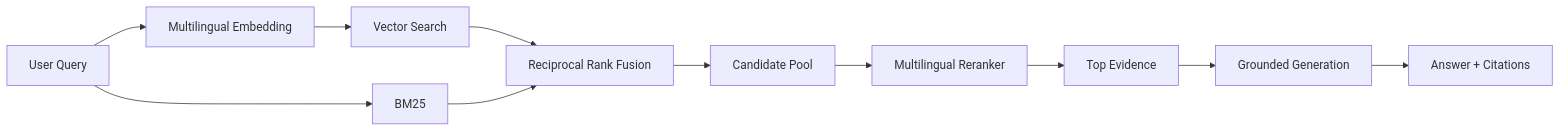
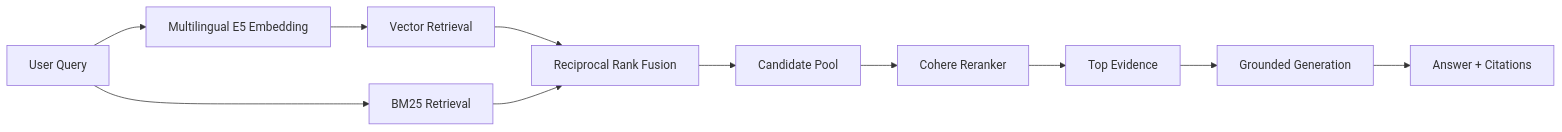
One commit to xmohamedtariq/Mohammed-Tariq-portfolio changed the second of 4 diagrams in README.md. Above: the diagram before and after it, drawn with Mermaid. The commit also changed other lines of this file, not shown here.

````diff
--- a/README.md
+++ b/README.md
@@ -105,27 +147,15 @@
 ```mermaid
 flowchart LR
+    Q["User Query"] --> E["Multilingual E5 Embedding"]
+    E --> V["Vector Retrieval"]
+    Q --> B["BM25 Retrieval"]
 
-    Q["User Query"]
-    E["Multilingual Embedding"]
-    V["Vector Search"]
-    B["BM25"]
-    R["Reciprocal Rank Fusion"]
-    C["Candidate Pool"]
-    RR["Multilingual Reranker"]
-    T["Top Evidence"]
-    G["Grounded Generation"]
-    A["Answer + Citations"]
-
-    Q --> E
-    E --> V
-    Q --> B
-
-    V --> R
+    V --> R["Reciprocal Rank Fusion"]
     B --> R
 
-    R --> C
-    C --> RR
-    RR --> T
-    T --> G
-    G --> A
+    R --> C["Candidate Pool"]
+    C --> RR["Cohere Reranker"]
+    RR --> T["Top Evidence"]
+    T --> G["Grounded Generation"]
+    G --> A["Answer + Citations"]
 ```
````
